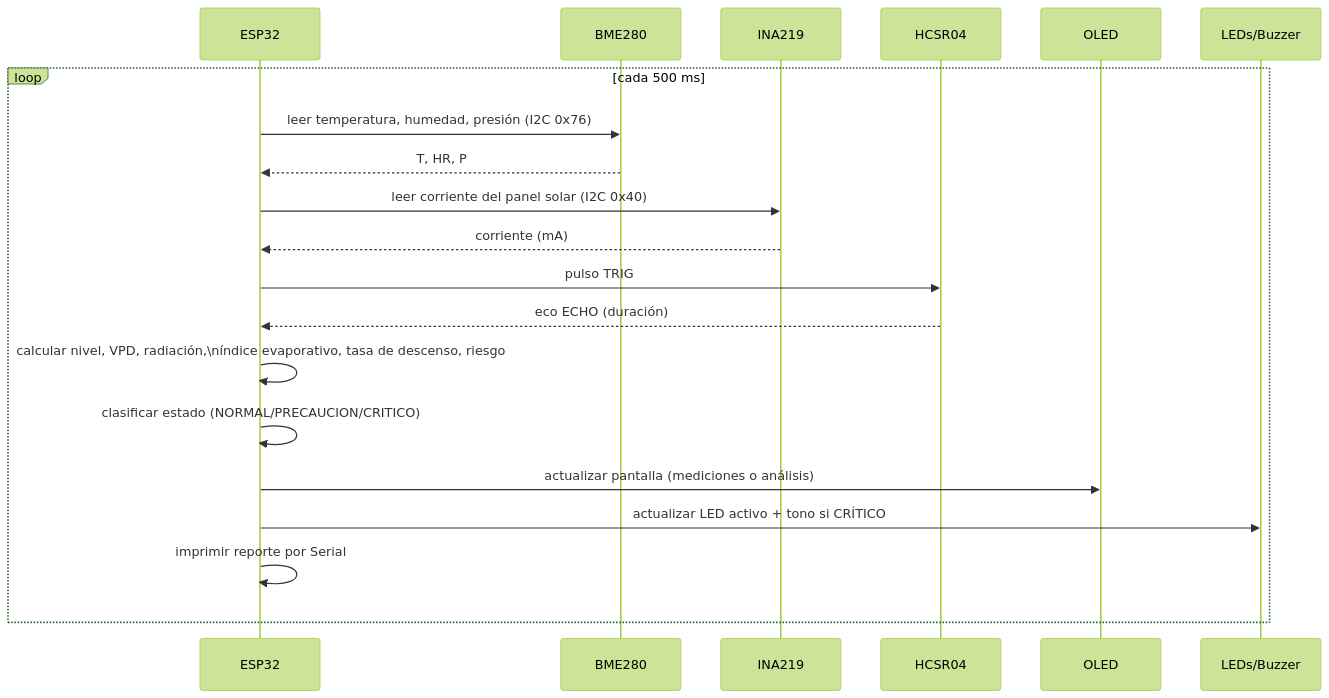
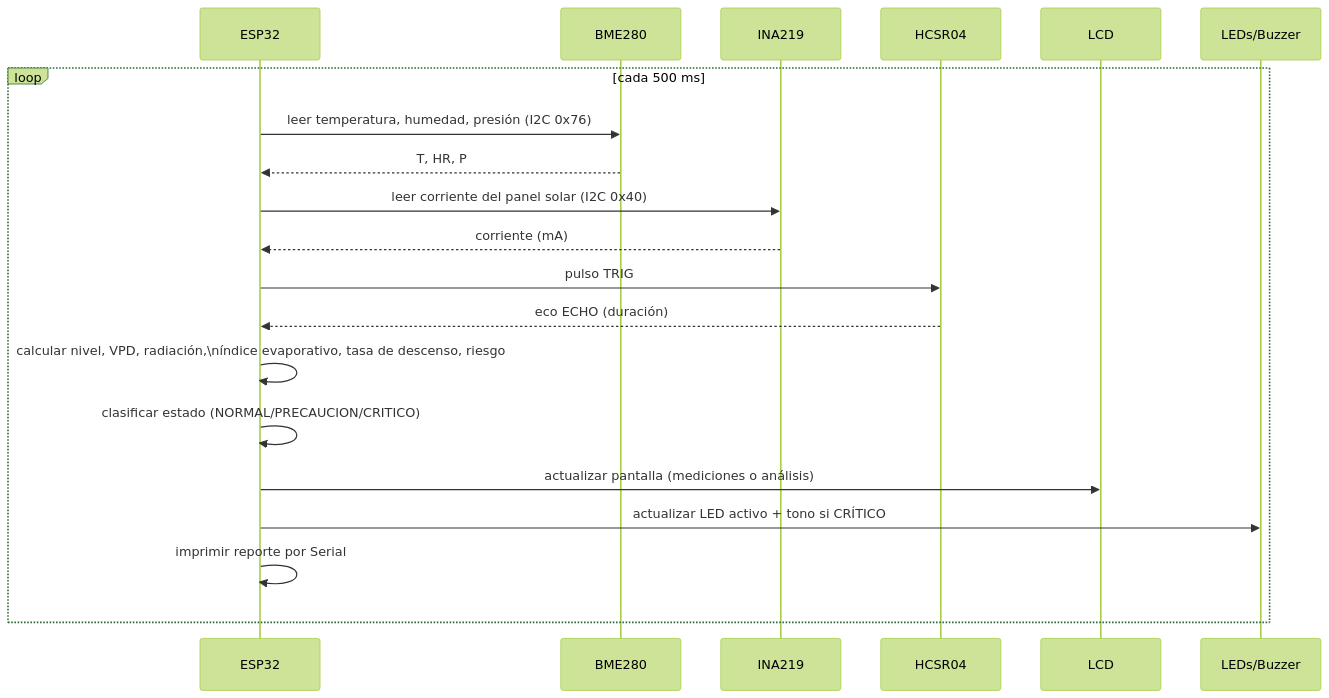
The second of 3 diagrams in wiki/03-Desarrollo-Modular.md (jorgis857/sistema-alerta-temprana-riesgo-hidrico), drawn with Mermaid (forest theme) before and after one commit. The commit also changed other lines of this file, not shown here.

````diff
--- a/wiki/03-Desarrollo-Modular.md
+++ b/wiki/03-Desarrollo-Modular.md
@@ -89,23 +89,23 @@
 ```mermaid
 sequenceDiagram
     participant ESP32
     participant BME280
     participant INA219
     participant HCSR04
-    participant OLED
+    participant LCD
     participant LEDs_Buzzer as LEDs/Buzzer
 
     loop cada 500 ms
         ESP32->>BME280: leer temperatura, humedad, presión (I2C 0x76)
         BME280-->>ESP32: T, HR, P
         ESP32->>INA219: leer corriente del panel solar (I2C 0x40)
         INA219-->>ESP32: corriente (mA)
         ESP32->>HCSR04: pulso TRIG
         HCSR04-->>ESP32: eco ECHO (duración)
         ESP32->>ESP32: calcular nivel, VPD, radiación,\níndice evaporativo, tasa de descenso, riesgo
         ESP32->>ESP32: clasificar estado (NORMAL/PRECAUCION/CRITICO)
-        ESP32->>OLED: actualizar pantalla (mediciones o análisis)
+        ESP32->>LCD: actualizar pantalla (mediciones o análisis)
         ESP32->>LEDs_Buzzer: actualizar LED activo + tono si CRÍTICO
         ESP32->>ESP32: imprimir reporte por Serial
     end
 ```
````
